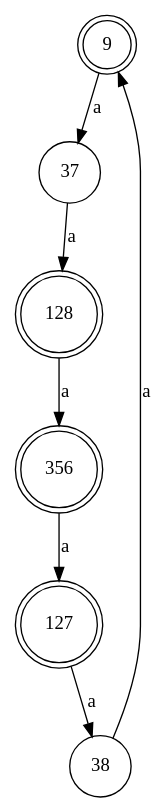
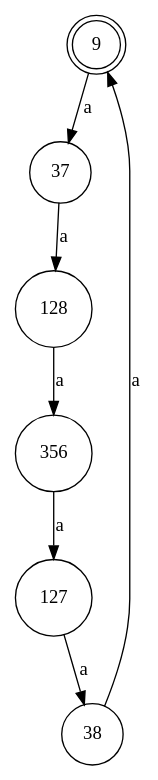
The diagram in test-output/graph.gv (igorbragaia/CTC-34), drawn with Graphviz before and after one commit. The commit also changed 5 other files, not shown here.

```diff
--- a/test-output/graph.gv
+++ b/test-output/graph.gv
@@ -1,14 +1,14 @@
 digraph {
 	9 [shape=doublecircle]
 	37 [shape=circle]
-	128 [shape=doublecircle]
-	356 [shape=doublecircle]
-	127 [shape=doublecircle]
+	128 [shape=circle]
+	356 [shape=circle]
+	127 [shape=circle]
 	38 [shape=circle]
 	9 -> 37 [label=a]
 	37 -> 128 [label=a]
 	128 -> 356 [label=a]
 	356 -> 127 [label=a]
 	127 -> 38 [label=a]
 	38 -> 9 [label=a]
 }
```
